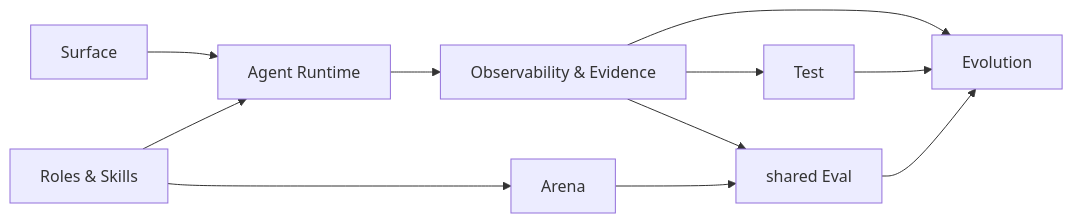
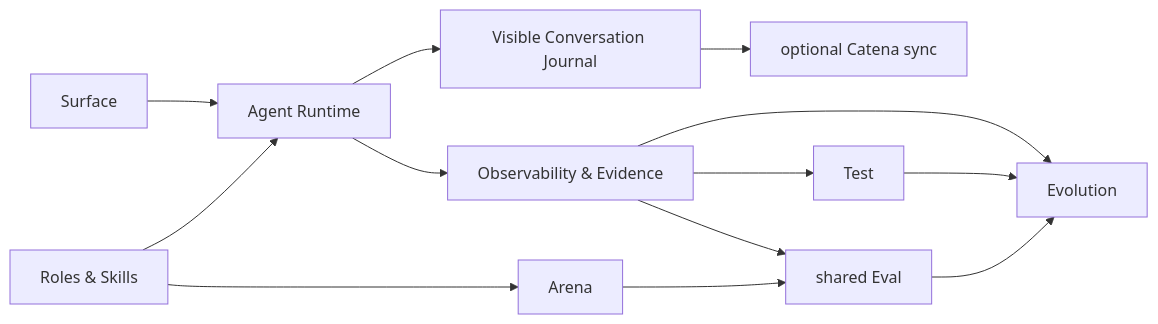
Before and after one commit to fightheyyy/xiaobaOS: the diagram in docs/PLAN.md, drawn with Mermaid. The commit also changed other lines of this file and 25 other files, not shown here.

````diff
--- a/docs/PLAN.md
+++ b/docs/PLAN.md
@@ -33,13 +36,15 @@
 ```mermaid
 flowchart LR
     Surface["Surface"] --> Runtime["Agent Runtime"]
     Roles["Roles & Skills"] --> Runtime
     Runtime --> Evidence["Observability & Evidence"]
+    Runtime --> Conversation["Visible Conversation Journal"]
+    Conversation --> Catena["optional Catena sync"]
     Evidence --> Test["Test"]
     Evidence --> Eval["shared Eval"]
     Roles --> Arena["Arena"]
     Arena --> Eval
     Evidence --> Evolution["Evolution"]
     Test --> Evolution
     Eval --> Evolution
 ```
````
